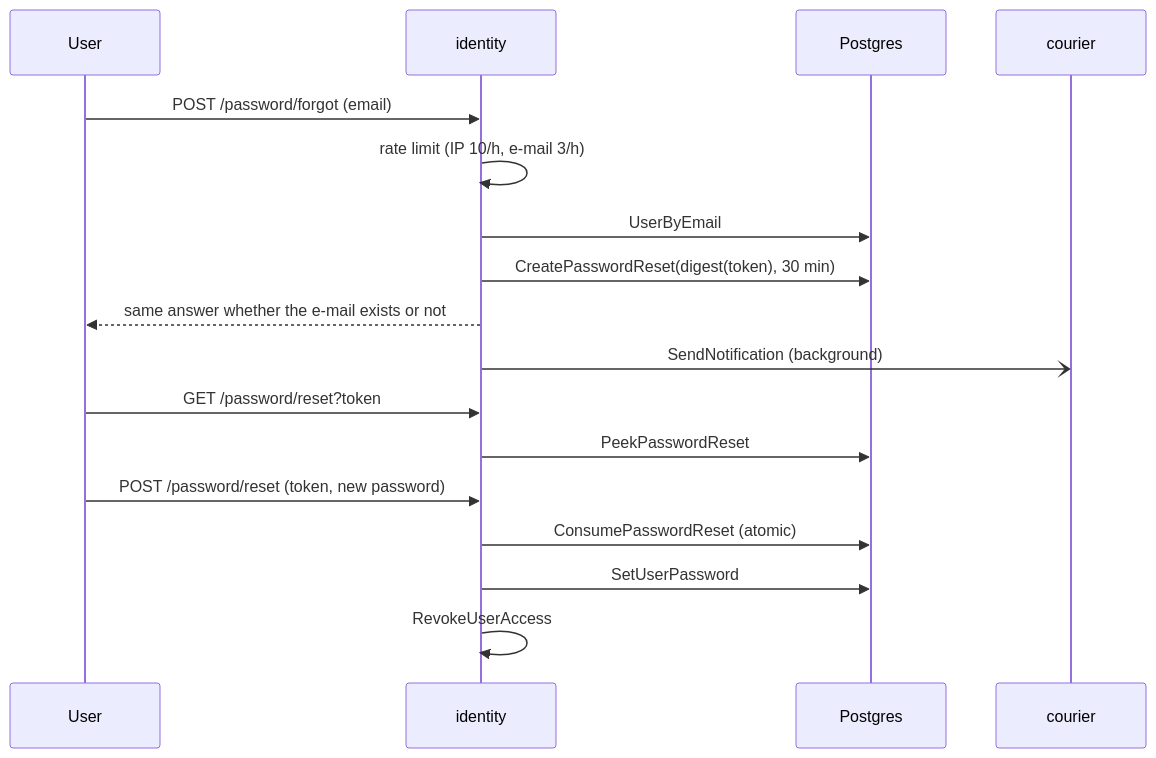
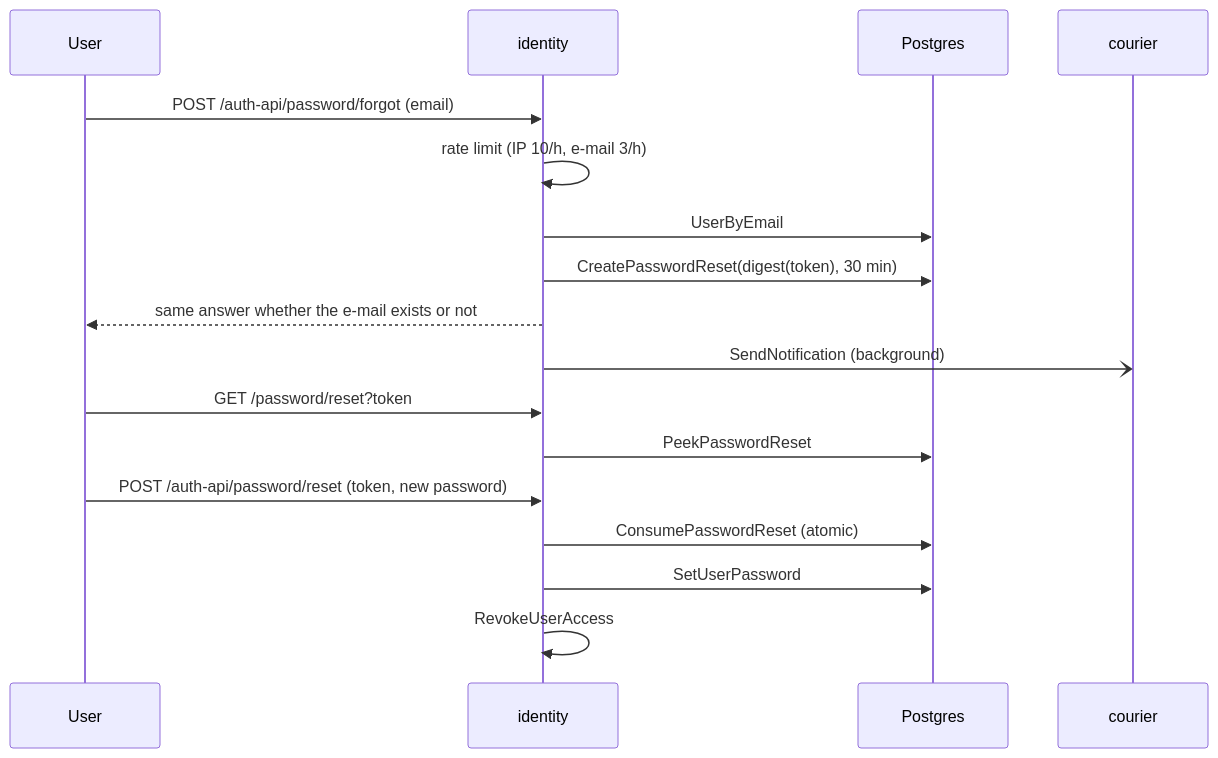
Diagram 14 of 21 in docs/flows.md (huponx/identity), drawn with Mermaid before and after one commit. The commit also changed other lines of this file and 32 other files, not shown here.

````diff
--- a/docs/flows.md
+++ b/docs/flows.md
@@ -567,20 +583,20 @@
 ```mermaid
 sequenceDiagram
     participant U as User
     participant I as identity
     participant P as Postgres
     participant C as courier
 
-    U->>I: POST /password/forgot (email)
+    U->>I: POST /auth-api/password/forgot (email)
     I->>I: rate limit (IP 10/h, e-mail 3/h)
     I->>P: UserByEmail
     I->>P: CreatePasswordReset(digest(token), 30 min)
     I-->>U: same answer whether the e-mail exists or not
     I-)C: SendNotification (background)
     U->>I: GET /password/reset?token
     I->>P: PeekPasswordReset
-    U->>I: POST /password/reset (token, new password)
+    U->>I: POST /auth-api/password/reset (token, new password)
     I->>P: ConsumePasswordReset (atomic)
     I->>P: SetUserPassword
     I->>I: RevokeUserAccess
 ```
````
